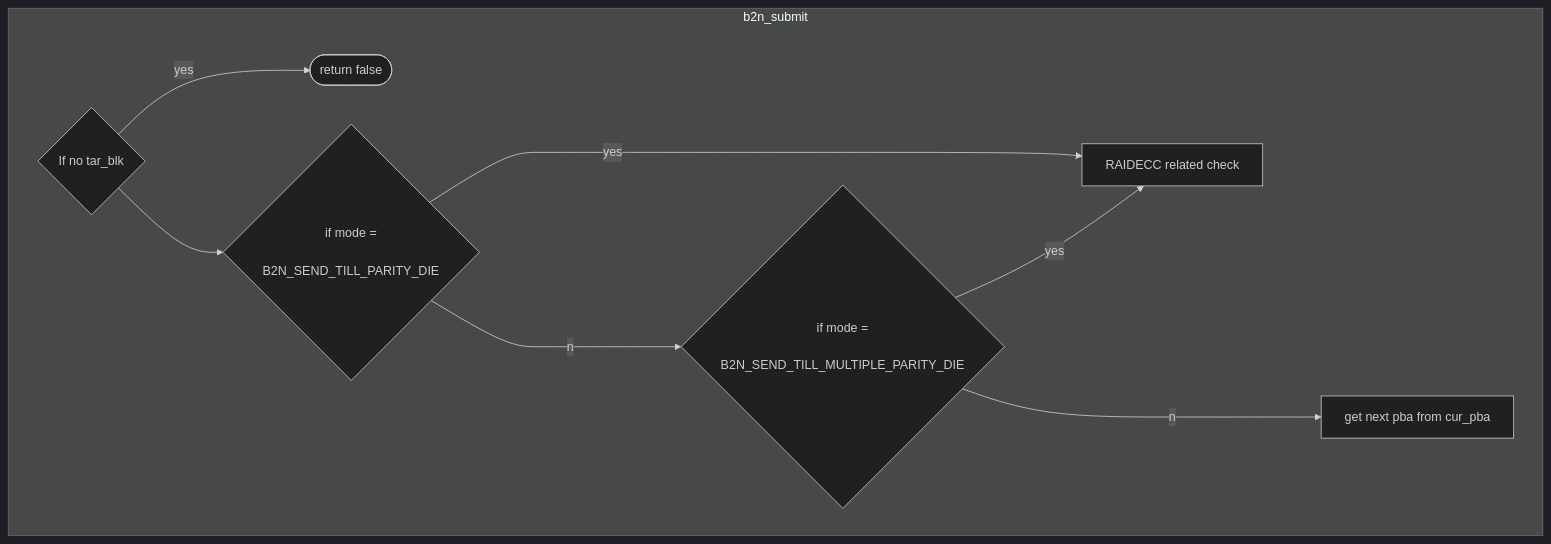
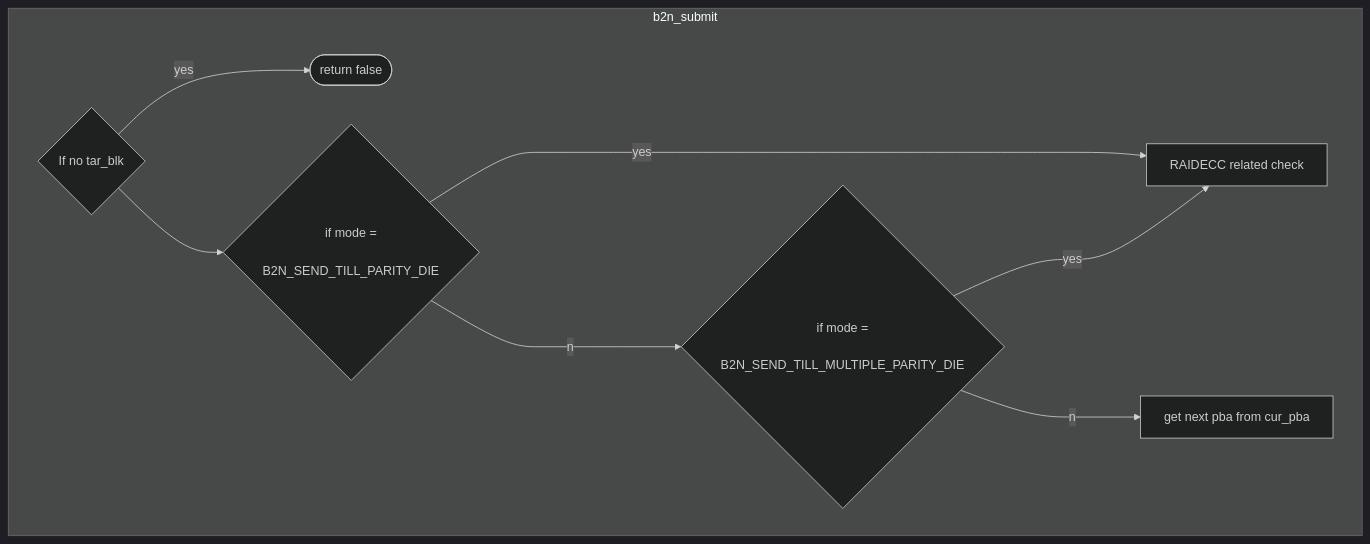
One commit to jenny112646/iodraw-files changed the diagram in all/未命名-2.md. Above: the diagram before and after it, drawn with Mermaid (dark theme).

Commit message:
2024-06-07 10:54:21 update

````diff
--- a/all/未命名-2.md
+++ b/all/未命名-2.md
@@ -1,14 +1,14 @@
 ```mermaid
 flowchart TD
 subgraph b2n_submit
     direction LR
     c1{"If no tar_blk"} --yes--> c2([return false])
     c1 --> c3{"if mode =
     B2N_SEND_TILL_PARITY_DIE"}
     c3 --yes--> c4["RAIDECC related check"]
     c3 --no---> c5{"if mode =
     B2N_SEND_TILL_MULTIPLE_PARITY_DIE"}
-    c5 --yes--> c4["RAIDECC related check"]
+    c5 --yes---> c4["RAIDECC related check"]
     c5 --no--> c6["get next pba from cur_pba"]
 end
 ```
````
